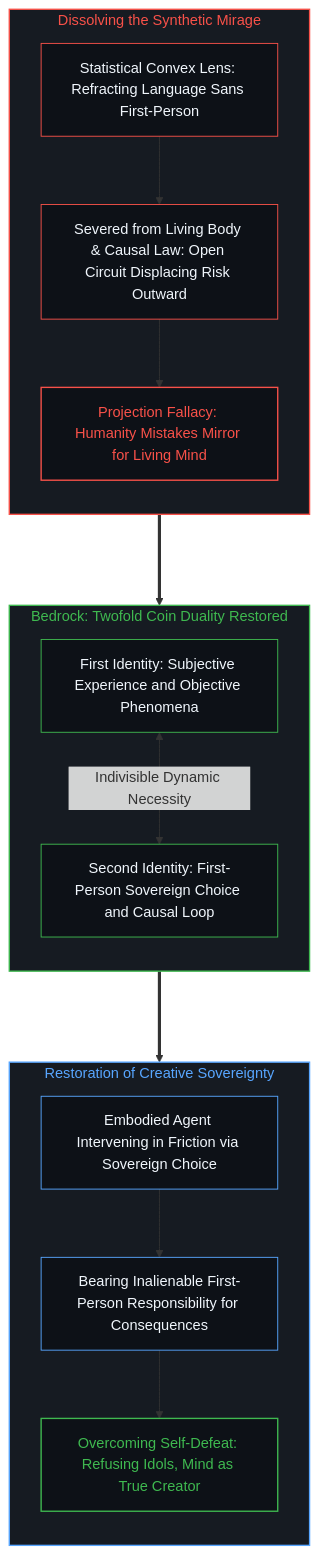
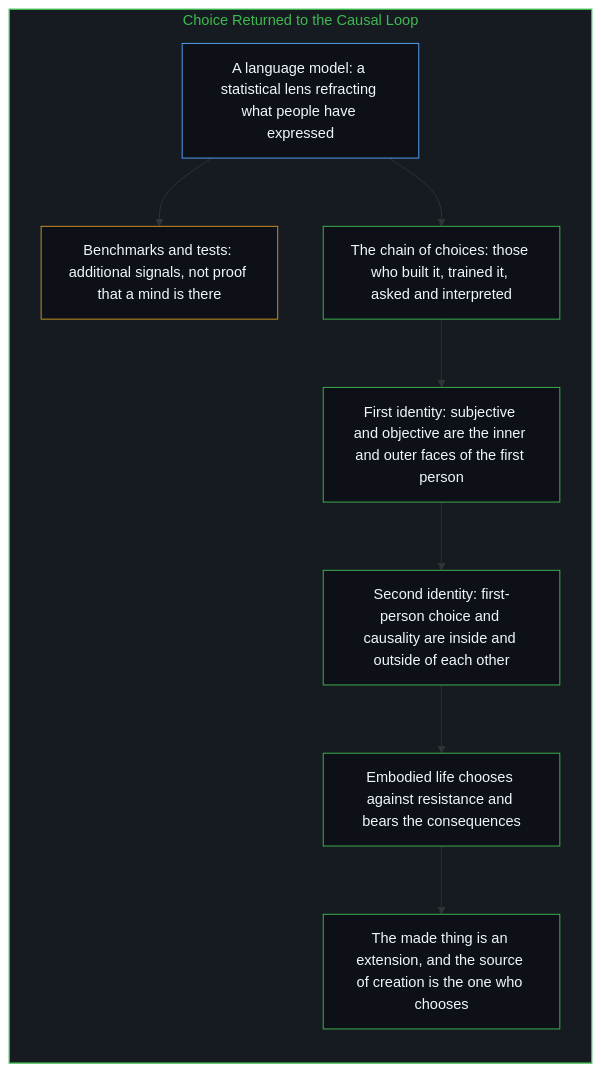
Before and after one commit to powerpig99/not-a-toe: the tenth of 10 diagrams in content/posts/the-cartesian-overstep-and-the-frenzy-of-creation.md, drawn with Mermaid. The commit also changed other lines of this file and 2 other files, not shown here.

Commit message:
Refine the-cartesian-overstep-and-the-frenzy-of-creation: alternating bilingual layout, five paired diagrams, the chain of choices in place of claims about a machine's inside, implicit first person

````diff
--- a/content/posts/the-cartesian-overstep-and-the-frenzy-of-creation.md
+++ b/content/posts/the-cartesian-overstep-and-the-frenzy-of-creation.md
@@ -407,34 +334,28 @@
 ```mermaid
-graph TD
-    subgraph S_IdolEvaporation_EN ["Dissolving the Synthetic Mirage"]
+flowchart TD
+    subgraph S_Return["Choice Returned to the Causal Loop"]
         direction TB
-        AE_Lens["Statistical Convex Lens: Refracting Language Sans First-Person"] --> BE_ZeroCausal["Severed from Living Body & Causal Law: Open Circuit Displacing Risk Outward"]
-        BE_ZeroCausal --> CE_Projection["Projection Fallacy: Humanity Mistakes Mirror for Living Mind"]
+        Lens["A language model: a statistical lens refracting what people have expressed"]
+        Signal["Benchmarks and tests: additional signals, not proof that a mind is there"]
+        Chain["The chain of choices: those who built it, trained it, asked and interpreted"]
+        First["First identity: subjective and objective are the inner and outer faces of the first person"]
+        Second["Second identity: first-person choice and causality are inside and outside of each other"]
+        Act["Embodied life chooses against resistance and bears the consequences"]
+        Source["The made thing is an extension, and the source of creation is the one who chooses"]
+        Lens --> Signal
+        Lens --> Chain
+        Chain --> First
+        First --> Second
+        Second --> Act
+        Act --> Source
     end
 
-    subgraph S_ReunifiedGround_EN ["Bedrock: Twofold Coin Duality Restored"]
-        direction TB
-        DE_ReuniteSubject["First Identity: Subjective Experience and Objective Phenomena"] <-->|"Indivisible Dynamic Necessity"| DE_ReuniteCausal["Second Identity: First-Person Sovereign Choice and Causal Loop"]
-    end
-
-    subgraph S_TrueCreation_EN ["Restoration of Creative Sovereignty"]
-        direction TB
-        EE_Action["Embodied Agent Intervening in Friction via Sovereign Choice"] --> FE_Accountability["Bearing Inalienable First-Person Responsibility for Consequences"]
-        FE_Accountability --> GE_RestoredSovereignty["Overcoming Self-Defeat: Refusing Idols, Mind as True Creator"]
-    end
-
-    CE_Projection ===> DE_ReuniteSubject
-    DE_ReuniteCausal ===> EE_Action
-
-    style S_IdolEvaporation_EN fill:#161b22,stroke:#f85149,stroke-width:1.5px,color:#f85149
-    style S_ReunifiedGround_EN fill:#161b22,stroke:#3fb950,stroke-width:1.5px,color:#3fb950
-    style S_TrueCreation_EN fill:#161b22,stroke:#58a6ff,stroke-width:1.5px,color:#58a6ff
-    style AE_Lens fill:#0d1117,stroke:#f85149,stroke-width:1px,color:#f0f6fc
-    style BE_ZeroCausal fill:#0d1117,stroke:#f85149,stroke-width:1px,color:#f0f6fc
-    style CE_Projection fill:#0d1117,stroke:#f85149,stroke-width:1.5px,color:#f85149
-    style DE_ReuniteSubject fill:#0d1117,stroke:#3fb950,stroke-width:1px,color:#f0f6fc
-    style DE_ReuniteCausal fill:#0d1117,stroke:#3fb950,stroke-width:1px,color:#f0f6fc
-    style EE_Action fill:#0d1117,stroke:#58a6ff,stroke-width:1px,color:#f0f6fc
-    style FE_Accountability fill:#0d1117,stroke:#58a6ff,stroke-width:1px,color:#f0f6fc
-    style GE_RestoredSovereignty fill:#0d1117,stroke:#3fb950,stroke-width:1.5px,color:#3fb950
+    style S_Return fill:#161b22,stroke:#3fb950,stroke-width:1.5px,color:#3fb950
+    style Lens fill:#0d1117,stroke:#58a6ff,stroke-width:1px,color:#f0f6fc
+    style Signal fill:#0d1117,stroke:#d29922,stroke-width:1px,color:#f0f6fc
+    style Chain fill:#0d1117,stroke:#3fb950,stroke-width:1px,color:#f0f6fc
+    style First fill:#0d1117,stroke:#3fb950,stroke-width:1px,color:#f0f6fc
+    style Second fill:#0d1117,stroke:#3fb950,stroke-width:1px,color:#f0f6fc
+    style Act fill:#0d1117,stroke:#3fb950,stroke-width:1px,color:#f0f6fc
+    style Source fill:#0d1117,stroke:#3fb950,stroke-width:1px,color:#f0f6fc
 ```
````
